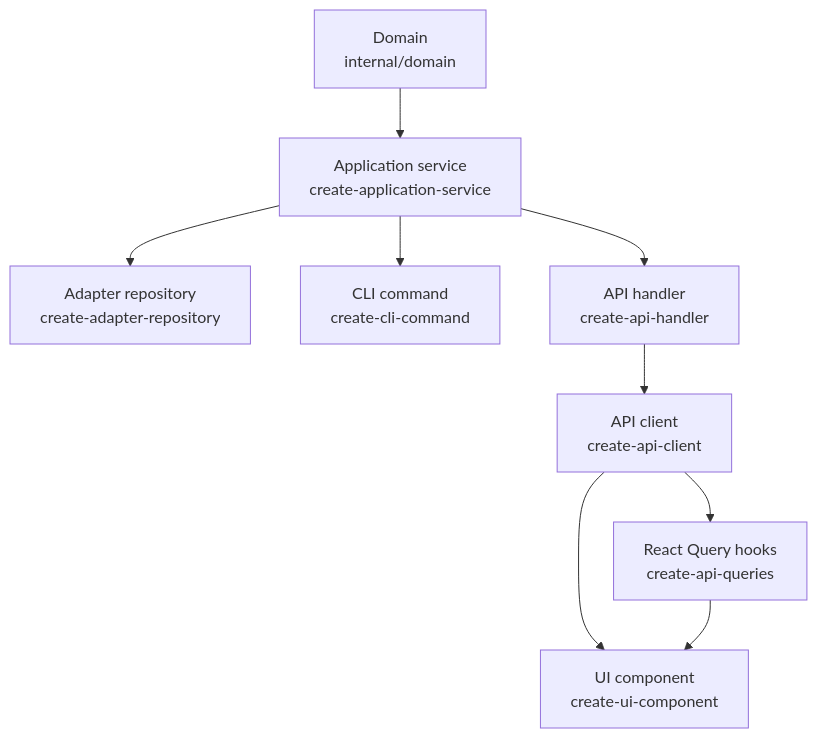
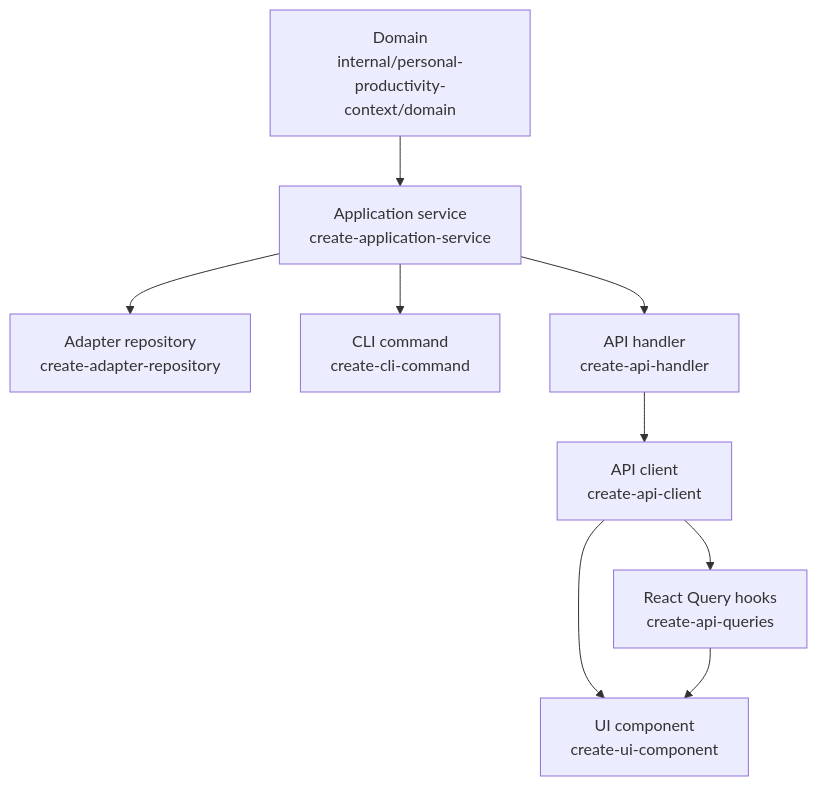
Before and after one commit to bkotos/listello: the diagram in .cursor/skills/LAYER-ORDER.md, drawn with Mermaid. The commit also changed other lines of this file and 77 other files, not shown here.

````diff
--- a/.cursor/skills/LAYER-ORDER.md
+++ b/.cursor/skills/LAYER-ORDER.md
@@ -9,20 +9,20 @@
 ```mermaid
 flowchart TD
-    domain[Domain<br/>internal/domain]
+    domain[Domain<br/>internal/personal-productivity-context/domain]
     app[Application service<br/>create-application-service]
     adapter[Adapter repository<br/>create-adapter-repository]
     cli[CLI command<br/>create-cli-command]
     handler[API handler<br/>create-api-handler]
     client[API client<br/>create-api-client]
     queries[React Query hooks<br/>create-api-queries]
     ui[UI component<br/>create-ui-component]
 
     domain --> app
     app --> adapter
     app --> cli
     app --> handler
     handler --> client
     client --> queries
     client --> ui
     queries --> ui
 ```
````
